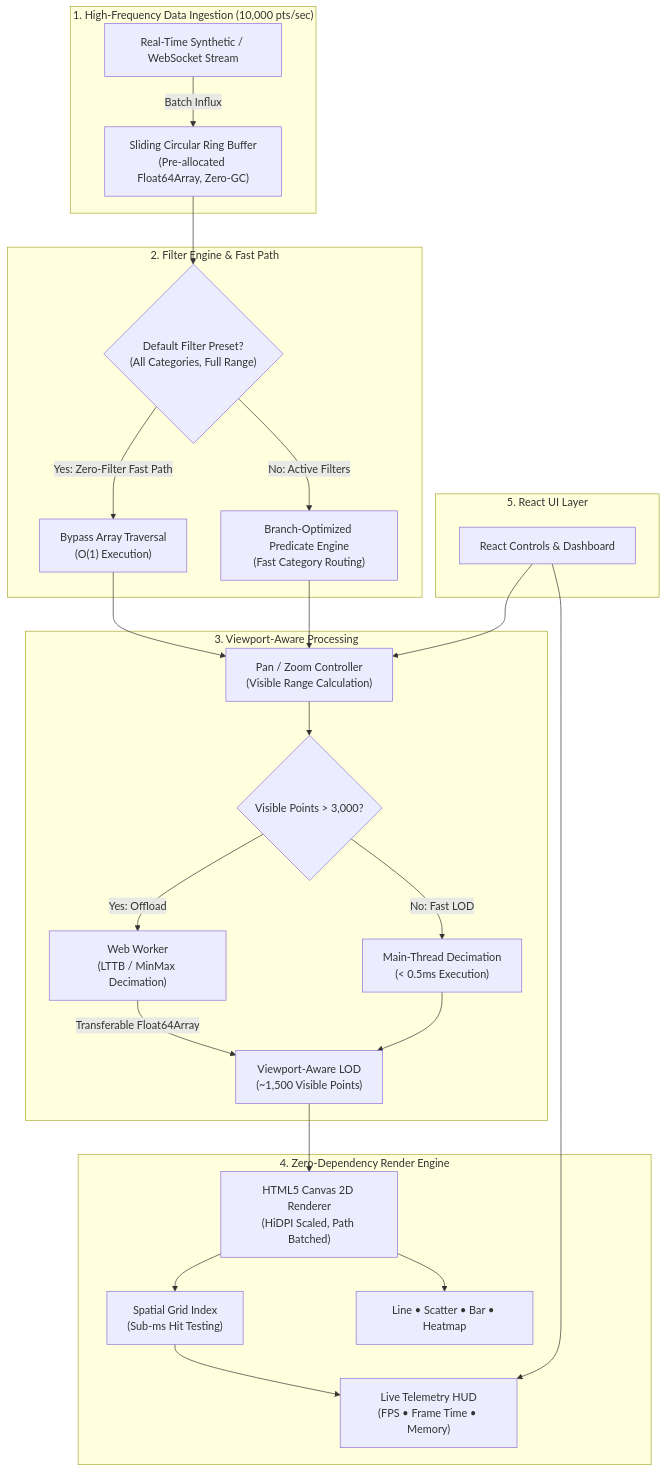
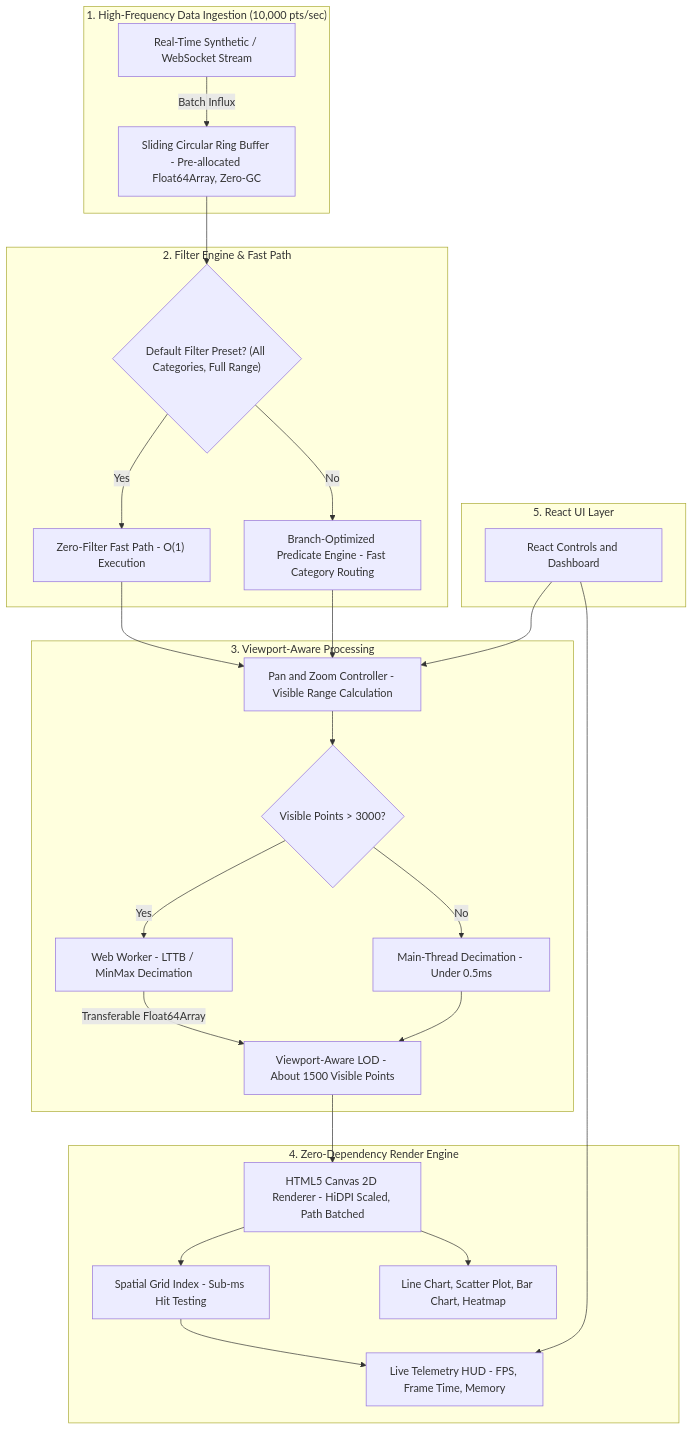
Before and after one commit to TRISHNA-K/FlamAI-DataViz-Dashboard: the diagram in README.md, drawn with Mermaid.

````diff
--- a/README.md
+++ b/README.md
@@ -144,47 +143,48 @@
 ```mermaid
 flowchart TD
+
   subgraph Ingestion["1. High-Frequency Data Ingestion (10,000 pts/sec)"]
     Stream["Real-Time Synthetic / WebSocket Stream"]
-    RingBuffer["Sliding Circular Ring Buffer<br/>(Pre-allocated Float64Array, Zero-GC)"]
+    RingBuffer["Sliding Circular Ring Buffer - Pre-allocated Float64Array, Zero-GC"]
     Stream -->|Batch Influx| RingBuffer
   end
 
   subgraph Filtering["2. Filter Engine & Fast Path"]
-    FastCheck{"Default Filter Preset?<br/>(All Categories, Full Range)"}
+    FastCheck{"Default Filter Preset? (All Categories, Full Range)"}
     RingBuffer --> FastCheck
 
-    FastCheck -->|Yes: Zero-Filter Fast Path| PassThrough["Bypass Array Traversal<br/>(O(1) Execution)"]
-    FastCheck -->|No: Active Filters| BranchFilter["Branch-Optimized Predicate Engine<br/>(Fast Category Routing)"]
+    FastCheck -->|Yes| PassThrough["Zero-Filter Fast Path - O(1) Execution"]
+    FastCheck -->|No| BranchFilter["Branch-Optimized Predicate Engine - Fast Category Routing"]
   end
 
   subgraph Processing["3. Viewport-Aware Processing"]
-    Viewport["Pan / Zoom Controller<br/>(Visible Range Calculation)"]
+    Viewport["Pan and Zoom Controller - Visible Range Calculation"]
 
     PassThrough --> Viewport
     BranchFilter --> Viewport
 
-    LODRouting{"Visible Points > 3,000?"}
+    LODRouting{"Visible Points > 3000?"}
     Viewport --> LODRouting
 
-    LODRouting -->|Yes: Offload| Worker["Web Worker<br/>(LTTB / MinMax Decimation)"]
-    LODRouting -->|No: Fast LOD| MainLOD["Main-Thread Decimation<br/>(< 0.5ms Execution)"]
+    LODRouting -->|Yes| Worker["Web Worker - LTTB / MinMax Decimation"]
+    LODRouting -->|No| MainLOD["Main-Thread Decimation - Under 0.5ms"]
 
-    Worker -->|Transferable Float64Array| ViewportPoints["Viewport-Aware LOD<br/>(~1,500 Visible Points)"]
+    Worker -->|Transferable Float64Array| ViewportPoints["Viewport-Aware LOD - About 1500 Visible Points"]
     MainLOD --> ViewportPoints
   end
 
   subgraph Rendering["4. Zero-Dependency Render Engine"]
-    ViewportPoints --> Canvas2D["HTML5 Canvas 2D Renderer<br/>(HiDPI Scaled, Path Batched)"]
+    ViewportPoints --> Canvas2D["HTML5 Canvas 2D Renderer - HiDPI Scaled, Path Batched"]
 
-    Canvas2D --> SpatialGrid["Spatial Grid Index<br/>(Sub-ms Hit Testing)"]
-    Canvas2D --> Charts["Line • Scatter • Bar • Heatmap"]
+    Canvas2D --> SpatialGrid["Spatial Grid Index - Sub-ms Hit Testing"]
+    Canvas2D --> Charts["Line Chart, Scatter Plot, Bar Chart, Heatmap"]
 
-    SpatialGrid --> HUD["Live Telemetry HUD<br/>(FPS • Frame Time • Memory)"]
+    SpatialGrid --> HUD["Live Telemetry HUD - FPS, Frame Time, Memory"]
   end
 
   subgraph UI["5. React UI Layer"]
-    ReactUI["React Controls & Dashboard"]
+    ReactUI["React Controls and Dashboard"]
     ReactUI --> Viewport
     ReactUI --> HUD
   end
 ```
````
